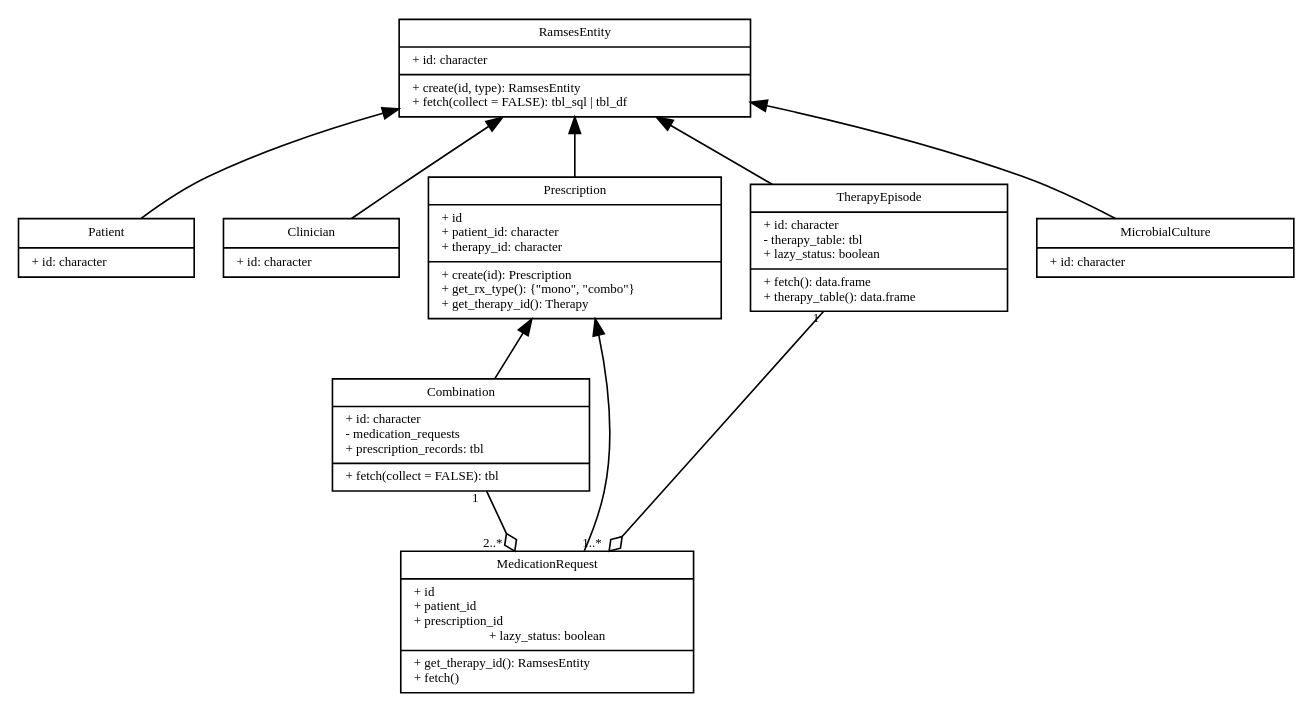
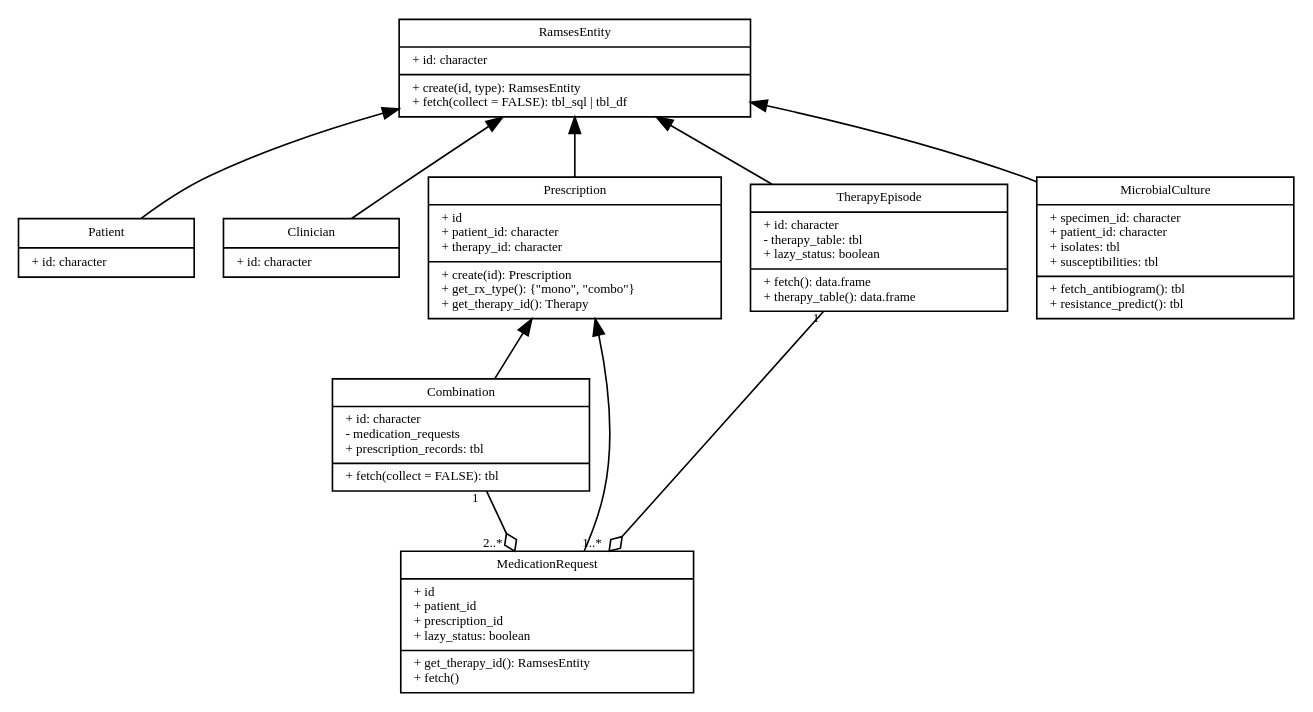
One commit to ramses-antibiotics/ramses-package changed the diagram in vignettes/diagrams/objects-main.gv. Above: the diagram before and after it, drawn with Graphviz. The commit also changed 1 other file, not shown here.

```diff
--- a/vignettes/diagrams/objects-main.gv
+++ b/vignettes/diagrams/objects-main.gv
@@ -1,115 +1,129 @@
 digraph G {
   fontsize = 8
 
   node [
           fontname = "Droid Sans Mono"
           fontsize = 8
           shape = "record"
           width = 1.5
   ]
 
   edge [
           fontname = "Droid Sans Mono"
           fontsize = 8
   ]
- 
+
+# arrowheads
+# Association open
+# Inheritance empty
+# Realisation/implementation empty + style=dashed
+# Dependency open + style=dashed
+# Aggregation odiamond
+# Composition diamond
+
 RamsesEntity [
   width = 3
   label = "{RamsesEntity|
   + id: character\l|
   
   + create(id, type): RamsesEntity\l
   + fetch(collect = FALSE): tbl_sql \| tbl_df \l}"
 ]
 
 Patient [
   label = "{Patient|
   + id: character\l}"
 ]
 
 Clinician [
   label = "{Clinician|
   + id: character\l}"
 ]
 
 Prescription [
   width = 2.5
   label = "{Prescription|
   + id\l
   + patient_id: character\l
   + therapy_id: character\l|
   
   + create(id): Prescription\l
   + get_rx_type(): \{\"mono\", \"combo\"\}\l
   + get_therapy_id(): Therapy\l}"
 ]
 
 Combination [
   width = 2.2
   label = "{Combination|
   + id: character\l
   - medication_requests\l
   + prescription_records: tbl\l|
   
   + fetch(collect = FALSE): tbl\l}"
 ]
 
 MedicationRequest [
   width = 2.5
   label = "{MedicationRequest|
   + id \l
   + patient_id \l
   + prescription_id\l
-  + lazy_status: boolean |
+  + lazy_status: boolean\l|
   
   + get_therapy_id(): RamsesEntity\l
   + fetch()\l}"
 ]
 
 TherapyEpisode [
   width = 2.2
   label = "{TherapyEpisode|
   + id: character\l
   - therapy_table: tbl\l
   + lazy_status: boolean\l|
   
   + fetch(): data.frame\l
   + therapy_table(): data.frame\l}"
 ]
 
 MicrobialCulture [
   width = 2.2
   label = "{MicrobialCulture|
-  + id: character\l}"
+  + specimen_id: character\l
+  + patient_id: character\l
+  + isolates: tbl\l
+  + susceptibilities: tbl\l|
+  
+  + fetch_antibiogram(): tbl\l
+  + resistance_predict(): tbl\l}"
 ]
-
+ 
 /*
 TherapyList [
 label = "{TherapyList|\l+ id: list\l+ type: \"therapy-list\"\l- TherapyTable: tbl\l+ lazy_status: boolean\l|+ fetch(): data.frame\l + therapy_table(): list\l}"
 ]
 */
 
 RamsesEntity -> Prescription [dir=back]
 RamsesEntity -> Patient [dir=back]
 RamsesEntity -> Clinician [dir=back]
 RamsesEntity -> MicrobialCulture [dir=back]
 RamsesEntity -> TherapyEpisode [dir=back]
 
 Prescription -> Combination [dir=back] 
 Prescription -> MedicationRequest [dir=back]
 TherapyEpisode -> MedicationRequest [ constraint=false
   arrowhead=odiamond
   headlabel = "                   1..*"
   taillabel = "      1"]
 Combination -> MedicationRequest [
   arrowhead=odiamond
   headlabel = "2..*   "
   taillabel = "1  "]
 
 /*
 TherapyEpisode -> TherapyList [constraint=false
   arrowtail=odiamond
   headlabel = "2..*  "
   taillabel = "0..*  "]
 */  
 }
```
